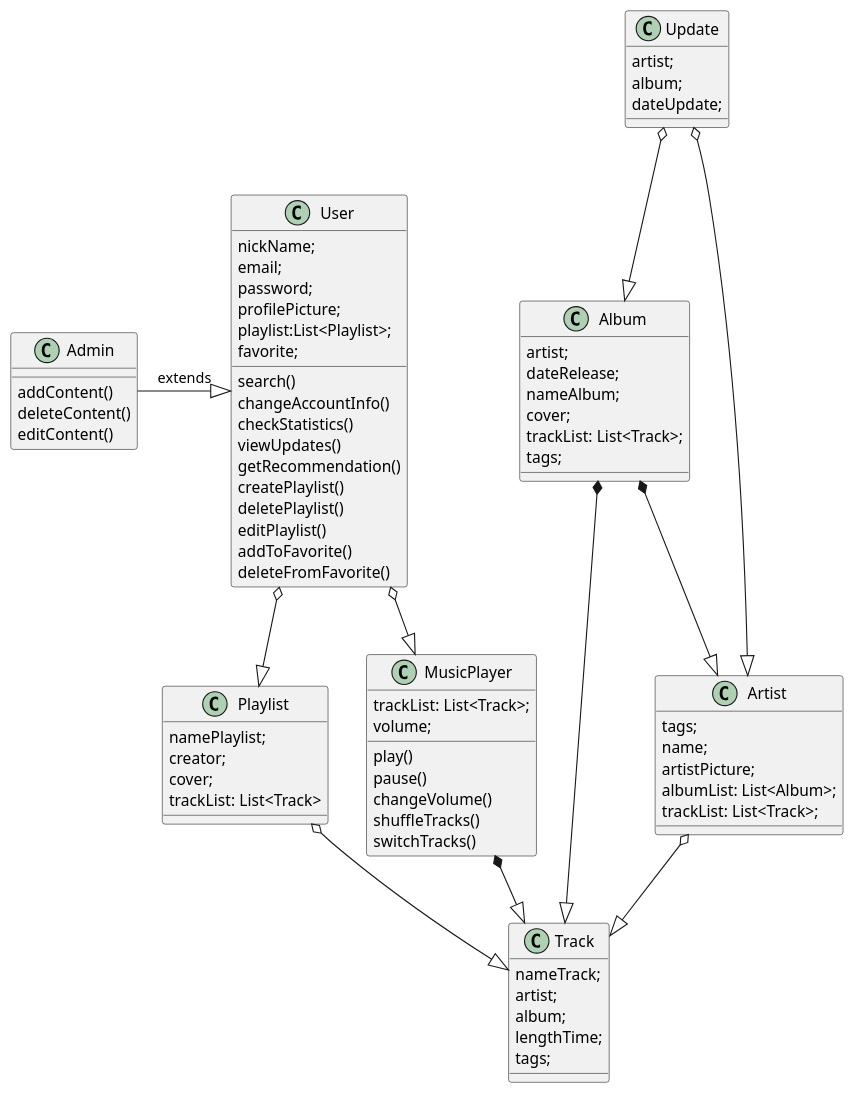
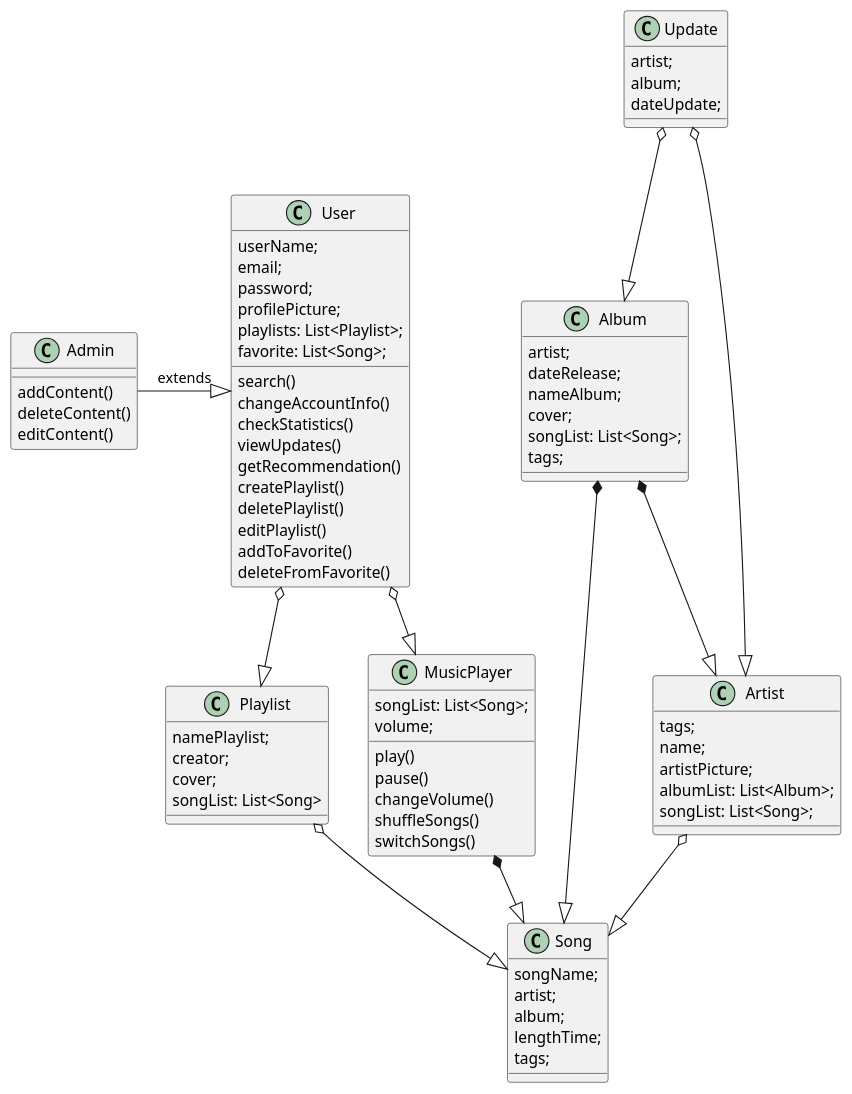
The diagram in docs/diagrams/Class.puml (xlebec27/RGARMusic), drawn with PlantUML before and after one commit.

Commit message:
Class diagram approximate

```diff
--- a/docs/diagrams/Class.puml
+++ b/docs/diagrams/Class.puml
@@ -1,81 +1,81 @@
 @startuml
 
 
 class Update{
 artist;
 album;
 dateUpdate;
 }
-class Track{
-nameTrack;
+class Song{
+songName;
 artist;
 album;
 lengthTime;
 tags;
 }
 class Playlist{
 namePlaylist;
 creator;
 cover;
-trackList: List<Track>
+songList: List<Song>
 }
 class Album{
 artist;
 dateRelease;
 nameAlbum;
 cover;
-trackList: List<Track>;
+songList: List<Song>;
 tags;
 }
 class Artist{
 tags;
 name;
 artistPicture;
 albumList: List<Album>;
-trackList: List<Track>;
+songList: List<Song>;
 }
 
 class Admin{
 addContent()
 deleteContent()
 editContent()
 }
 class MusicPlayer{
-trackList: List<Track>;
+songList: List<Song>;
 volume;
 play()
 pause()
 changeVolume()
-shuffleTracks()
-switchTracks()
+shuffleSongs()
+switchSongs()
 }
 
 class User {
-nickName;
+userName;
 email;
 password;
 profilePicture;
-playlist:List<Playlist>;
-favorite;
+playlists: List<Playlist>;
+favorite: List<Song>;
 search()
 changeAccountInfo()
 checkStatistics()
 viewUpdates()
 getRecommendation()
 createPlaylist()
 deletePlaylist()
 editPlaylist()
 addToFavorite()
 deleteFromFavorite()
 }
 Admin-|>User:extends
 Album *--|>Artist
-Album *--|>Track
-MusicPlayer *--|>Track
+Album *--|>Song
+MusicPlayer *--|>Song
 User o--|>MusicPlayer
 Update o--|>Album
 Update o--|>Artist
-Playlist o--|>Track
-Artist o--|>Track
+Playlist o--|>Song
+Artist o--|>Song
 User o--|>Playlist
 @enduml
```
